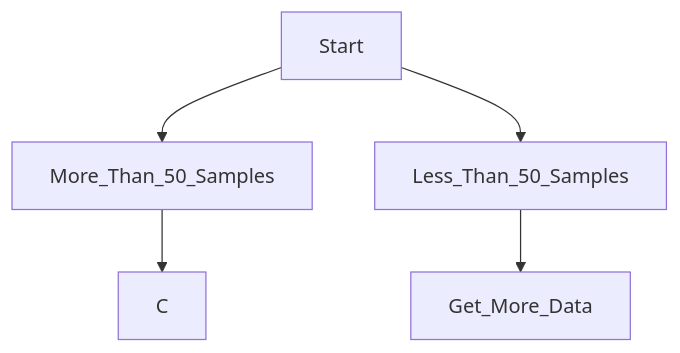
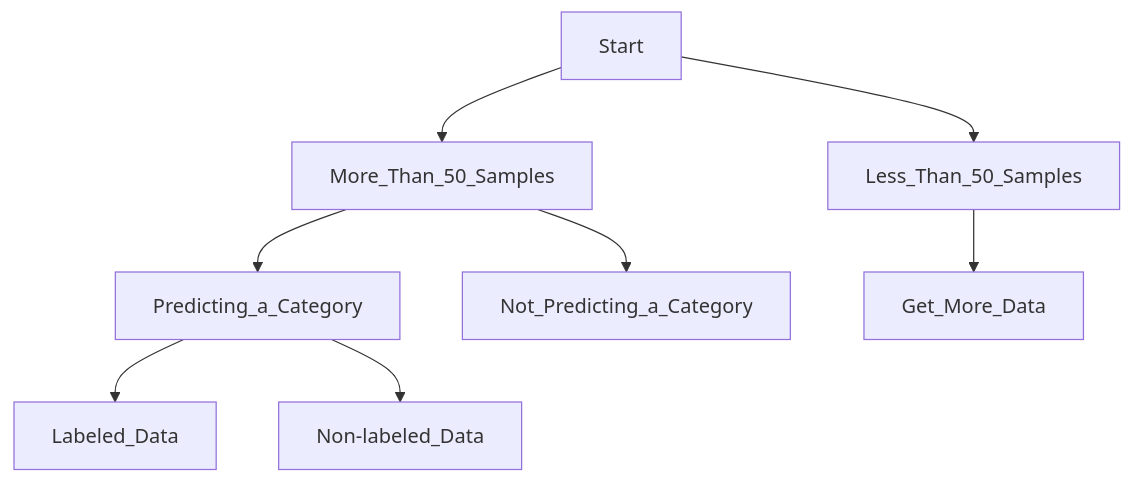
Before and after one commit to hwetsman/Public_Notes: the diagram in ML_Cheatsheet.md, drawn with Mermaid.

````diff
--- a/ML_Cheatsheet.md
+++ b/ML_Cheatsheet.md
@@ -1,11 +1,19 @@
 ```mermaid
 flowchart TD
 Start --> More_Than_50_Samples
-  More_Than_50_Samples --> C
+  More_Than_50_Samples --> Predicting_a_Category
+    Predicting_a_Category --> Labeled_Data
+
+    
+    Predicting_a_Category --> Non-labeled_Data
+
+
+
+  More_Than_50_Samples --> Not_Predicting_a_Category
 
 
 Start --> Less_Than_50_Samples
   Less_Than_50_Samples --> Get_More_Data
 
 
 ```
````
